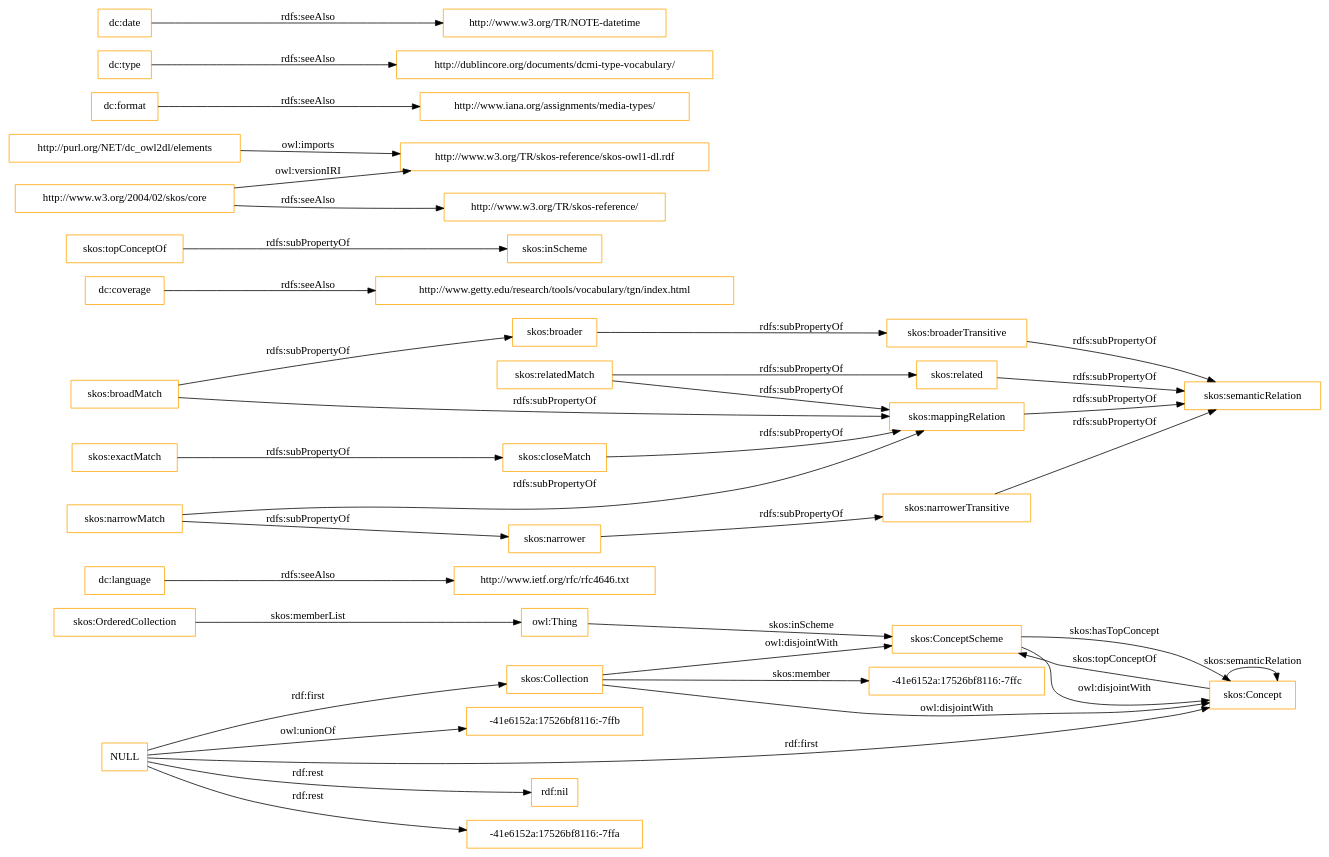
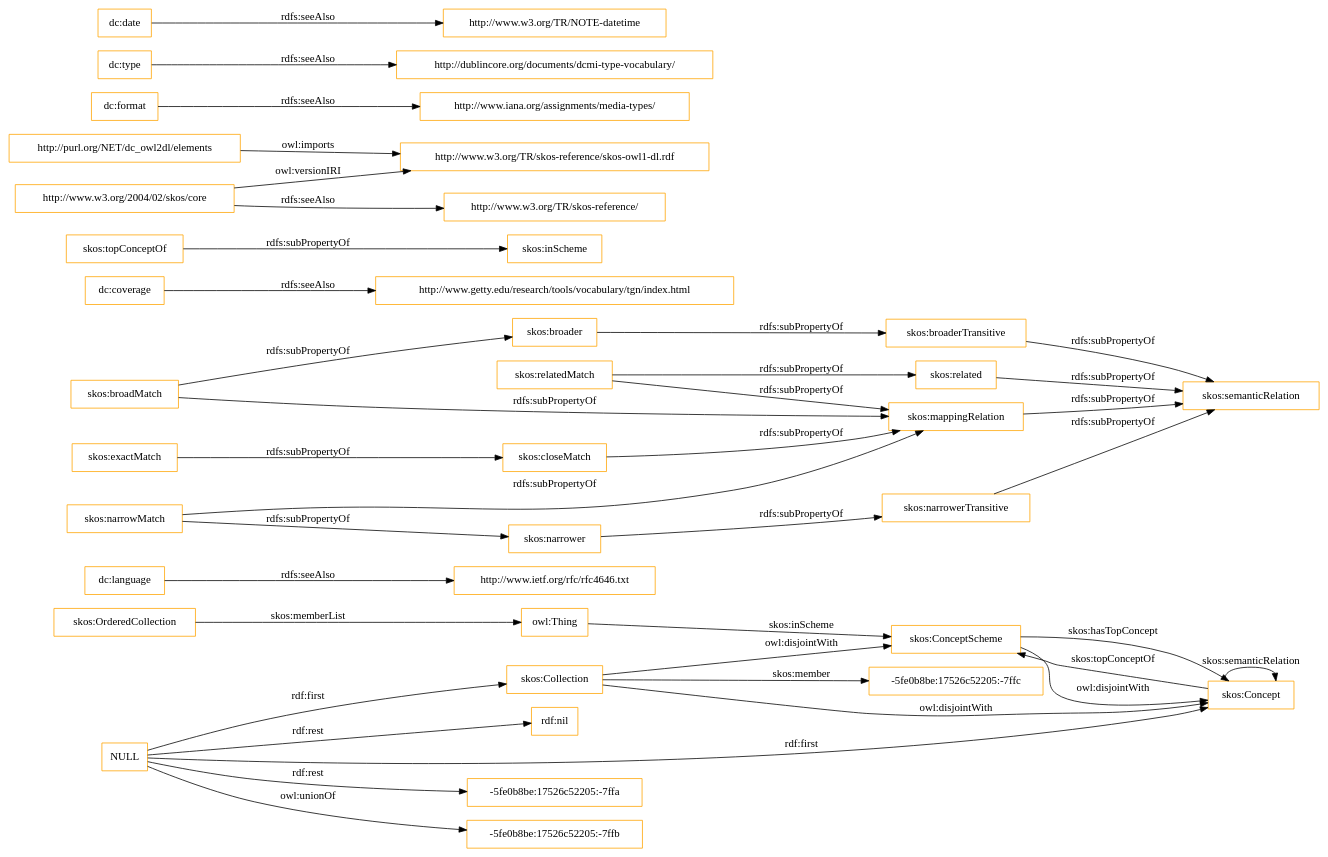
One commit to OnToologyUser/core-ontology-1 changed the diagram in OnToology/imports/elements.owl/diagrams/ar2dtool-class/elements.owl.png.dot. Above: the diagram before and after it, drawn with Graphviz. The commit also changed 14 other files, not shown here.

```diff
--- a/OnToology/imports/elements.owl/diagrams/ar2dtool-class/elements.owl.png.dot
+++ b/OnToology/imports/elements.owl/diagrams/ar2dtool-class/elements.owl.png.dot
@@ -1,43 +1,43 @@
 digraph ar2dtool_diagram { 
 rankdir=LR;
 size="1501"
-node [shape = rectangle, color="orange"]; "-41e6152a:17526bf8116:-7ffc" "skos:OrderedCollection" "skos:Collection" "skos:ConceptScheme" "skos:Concept" ; /*classes style*/
+node [shape = rectangle, color="orange"]; "-5fe0b8be:17526c52205:-7ffc" "skos:OrderedCollection" "skos:Collection" "skos:ConceptScheme" "skos:Concept" ; /*classes style*/
 	"dc:language" -> "http://www.ietf.org/rfc/rfc4646.txt" [ label = "rdfs:seeAlso" ];
+	"NULL" -> "-5fe0b8be:17526c52205:-7ffa" [ label = "rdf:rest" ];
+	"NULL" -> "skos:Concept" [ label = "rdf:first" ];
+	"NULL" -> "-5fe0b8be:17526c52205:-7ffb" [ label = "owl:unionOf" ];
 	"NULL" -> "rdf:nil" [ label = "rdf:rest" ];
 	"NULL" -> "skos:Collection" [ label = "rdf:first" ];
-	"NULL" -> "-41e6152a:17526bf8116:-7ffa" [ label = "rdf:rest" ];
-	"NULL" -> "skos:Concept" [ label = "rdf:first" ];
-	"NULL" -> "-41e6152a:17526bf8116:-7ffb" [ label = "owl:unionOf" ];
 	"skos:closeMatch" -> "skos:mappingRelation" [ label = "rdfs:subPropertyOf" ];
 	"dc:coverage" -> "http://www.getty.edu/research/tools/vocabulary/tgn/index.html" [ label = "rdfs:seeAlso" ];
 	"skos:relatedMatch" -> "skos:related" [ label = "rdfs:subPropertyOf" ];
 	"skos:relatedMatch" -> "skos:mappingRelation" [ label = "rdfs:subPropertyOf" ];
 	"skos:ConceptScheme" -> "skos:Concept" [ label = "owl:disjointWith" ];
 	"skos:related" -> "skos:semanticRelation" [ label = "rdfs:subPropertyOf" ];
 	"skos:topConceptOf" -> "skos:inScheme" [ label = "rdfs:subPropertyOf" ];
 	"skos:broadMatch" -> "skos:broader" [ label = "rdfs:subPropertyOf" ];
 	"skos:broadMatch" -> "skos:mappingRelation" [ label = "rdfs:subPropertyOf" ];
 	"http://purl.org/NET/dc_owl2dl/elements" -> "http://www.w3.org/TR/skos-reference/skos-owl1-dl.rdf" [ label = "owl:imports" ];
 	"skos:exactMatch" -> "skos:closeMatch" [ label = "rdfs:subPropertyOf" ];
 	"dc:format" -> "http://www.iana.org/assignments/media-types/" [ label = "rdfs:seeAlso" ];
 	"skos:broaderTransitive" -> "skos:semanticRelation" [ label = "rdfs:subPropertyOf" ];
 	"dc:type" -> "http://dublincore.org/documents/dcmi-type-vocabulary/" [ label = "rdfs:seeAlso" ];
 	"skos:broader" -> "skos:broaderTransitive" [ label = "rdfs:subPropertyOf" ];
 	"skos:mappingRelation" -> "skos:semanticRelation" [ label = "rdfs:subPropertyOf" ];
 	"http://www.w3.org/2004/02/skos/core" -> "http://www.w3.org/TR/skos-reference/skos-owl1-dl.rdf" [ label = "owl:versionIRI" ];
 	"http://www.w3.org/2004/02/skos/core" -> "http://www.w3.org/TR/skos-reference/" [ label = "rdfs:seeAlso" ];
 	"skos:Collection" -> "skos:ConceptScheme" [ label = "owl:disjointWith" ];
 	"skos:Collection" -> "skos:Concept" [ label = "owl:disjointWith" ];
 	"skos:narrowMatch" -> "skos:narrower" [ label = "rdfs:subPropertyOf" ];
 	"skos:narrowMatch" -> "skos:mappingRelation" [ label = "rdfs:subPropertyOf" ];
 	"skos:narrower" -> "skos:narrowerTransitive" [ label = "rdfs:subPropertyOf" ];
 	"dc:date" -> "http://www.w3.org/TR/NOTE-datetime" [ label = "rdfs:seeAlso" ];
 	"skos:narrowerTransitive" -> "skos:semanticRelation" [ label = "rdfs:subPropertyOf" ];
 	"skos:OrderedCollection" -> "owl:Thing" [ label = "skos:memberList" ];
 	"skos:Concept" -> "skos:ConceptScheme" [ label = "skos:topConceptOf" ];
 	"skos:Concept" -> "skos:Concept" [ label = "skos:semanticRelation" ];
-	"skos:Collection" -> "-41e6152a:17526bf8116:-7ffc" [ label = "skos:member" ];
+	"skos:Collection" -> "-5fe0b8be:17526c52205:-7ffc" [ label = "skos:member" ];
 	"skos:ConceptScheme" -> "skos:Concept" [ label = "skos:hasTopConcept" ];
 	"owl:Thing" -> "skos:ConceptScheme" [ label = "skos:inScheme" ];
 
 }
```
